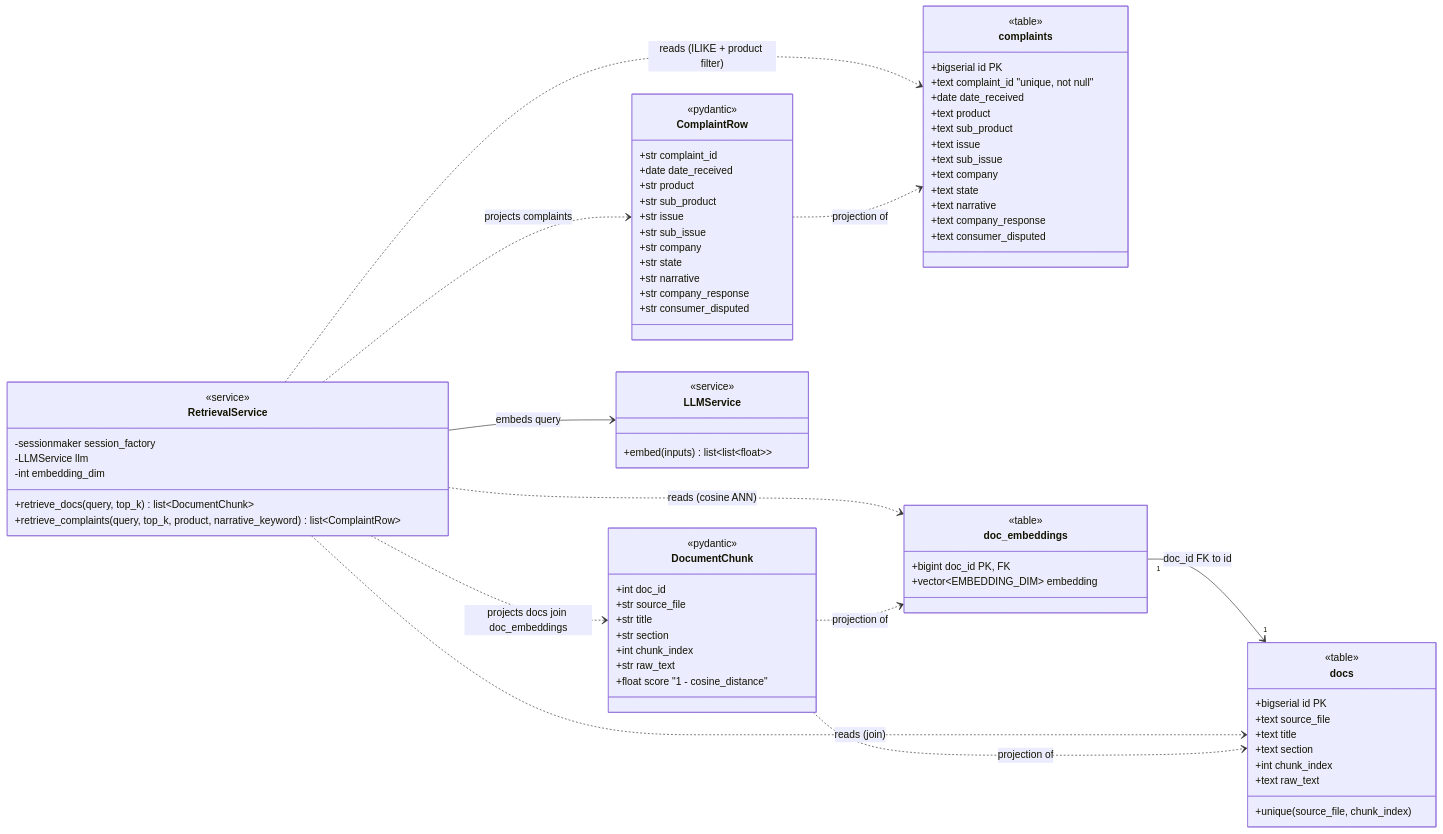
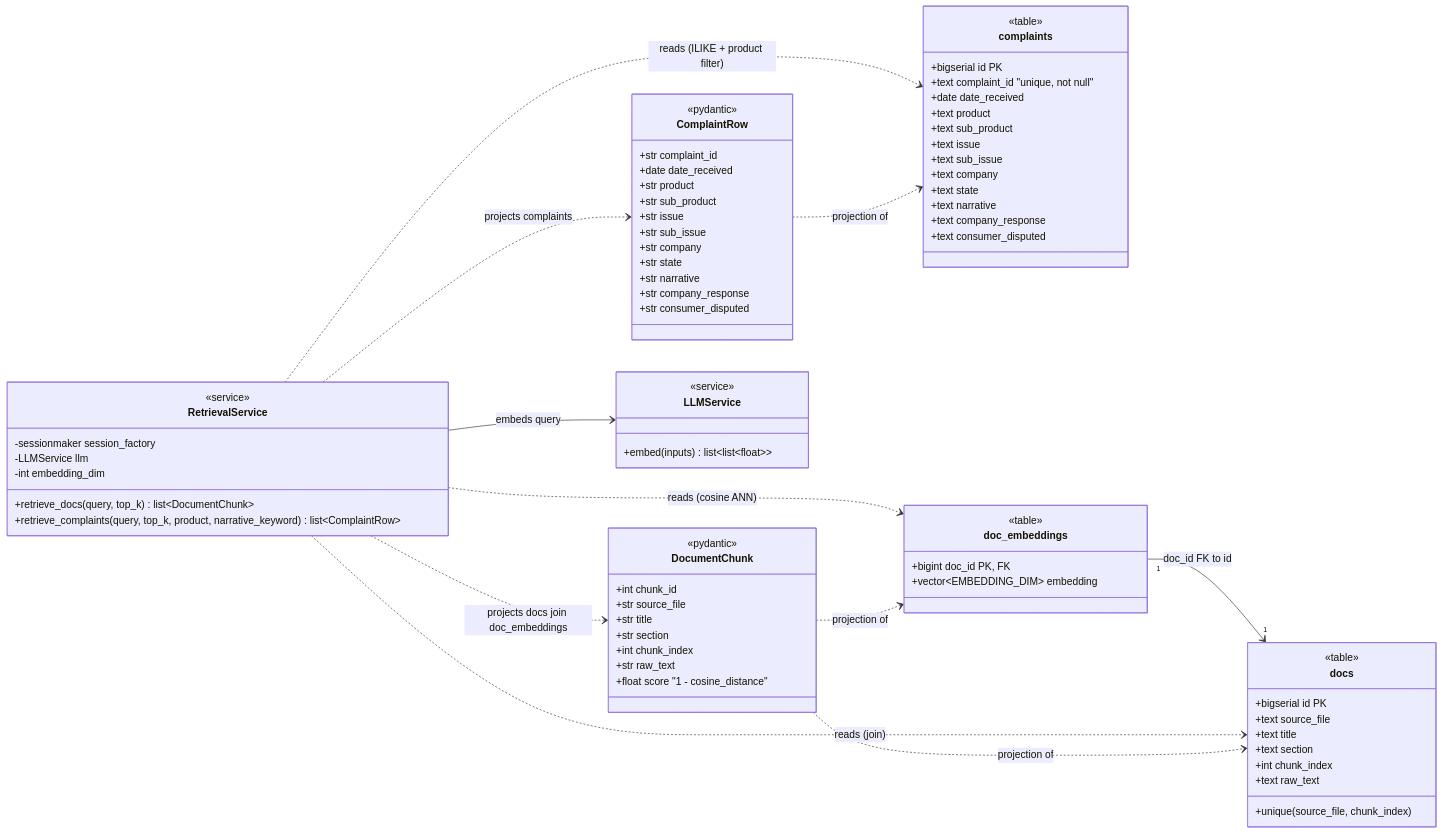
The diagram in .spdd_specs/tasks/Task_2_Ingestion.trainee.md (Zeyu-Leo/financial-agent-spdd), drawn with Mermaid before and after one commit. The commit also changed other lines of this file, not shown here.

```diff
--- a/.spdd_specs/tasks/Task_2_Ingestion.trainee.md
+++ b/.spdd_specs/tasks/Task_2_Ingestion.trainee.md
@@ -182,7 +189,7 @@
 
 class DocumentChunk {
   <<pydantic>>
-  +int doc_id
+  +int chunk_id
   +str source_file
   +str title
   +str section
```
